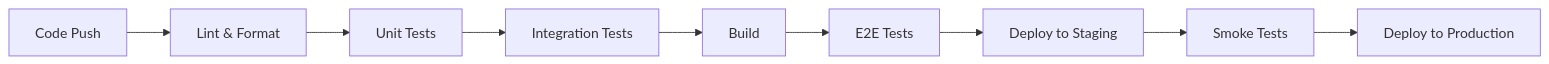
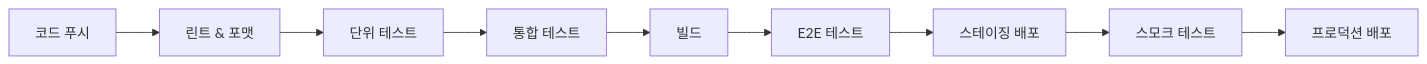
The diagram in documentation/MASTER_PLAYBOOK/09_Testing_QA/README.md (taco0513/DINOapp), drawn with Mermaid before and after one commit. The commit also changed other lines of this file and 1 other file, not shown here.

First line of the commit message:
docs: Update Testing & QA documentation to Korean format

````diff
--- a/documentation/MASTER_PLAYBOOK/09_Testing_QA/README.md
+++ b/documentation/MASTER_PLAYBOOK/09_Testing_QA/README.md
@@ -308,11 +308,11 @@
 ```mermaid
 graph LR
-    A[Code Push] --> B[Lint & Format]
-    B --> C[Unit Tests]
-    C --> D[Integration Tests]
-    D --> E[Build]
-    E --> F[E2E Tests]
-    F --> G[Deploy to Staging]
-    G --> H[Smoke Tests]
-    H --> I[Deploy to Production]
+    A[코드 푸시] --> B[린트 & 포맷]
+    B --> C[단위 테스트]
+    C --> D[통합 테스트]
+    D --> E[빌드]
+    E --> F[E2E 테스트]
+    F --> G[스테이징 배포]
+    G --> H[스모크 테스트]
+    H --> I[프로덕션 배포]
 ```
````
